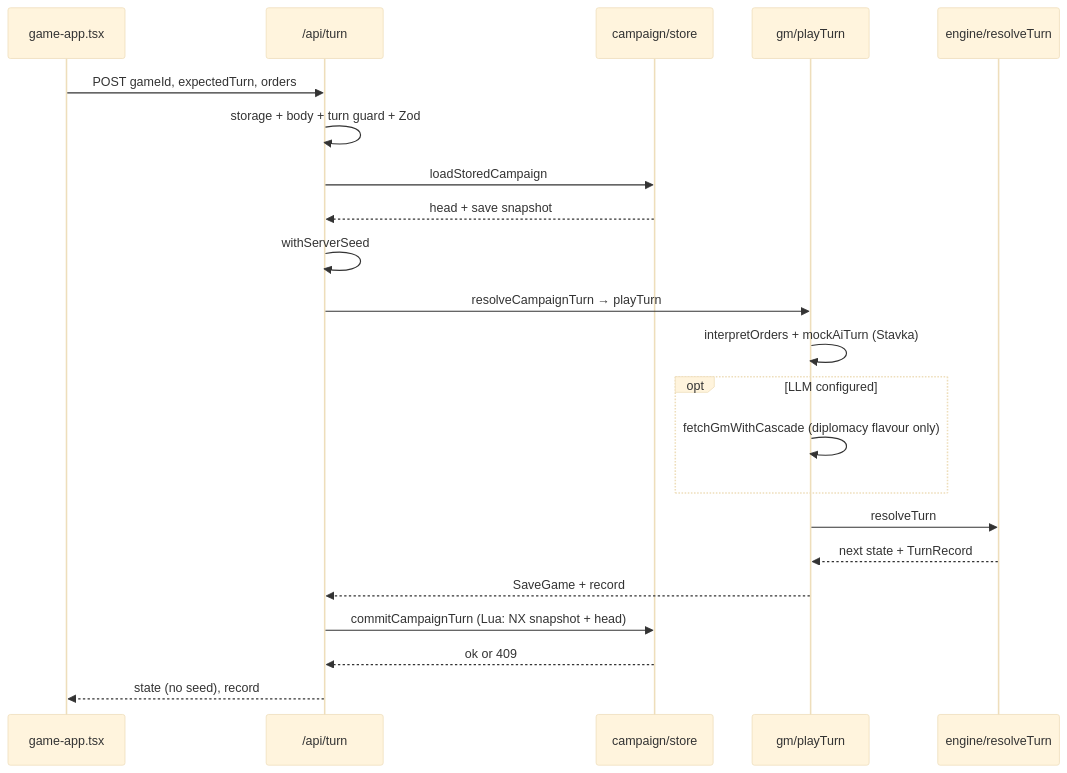
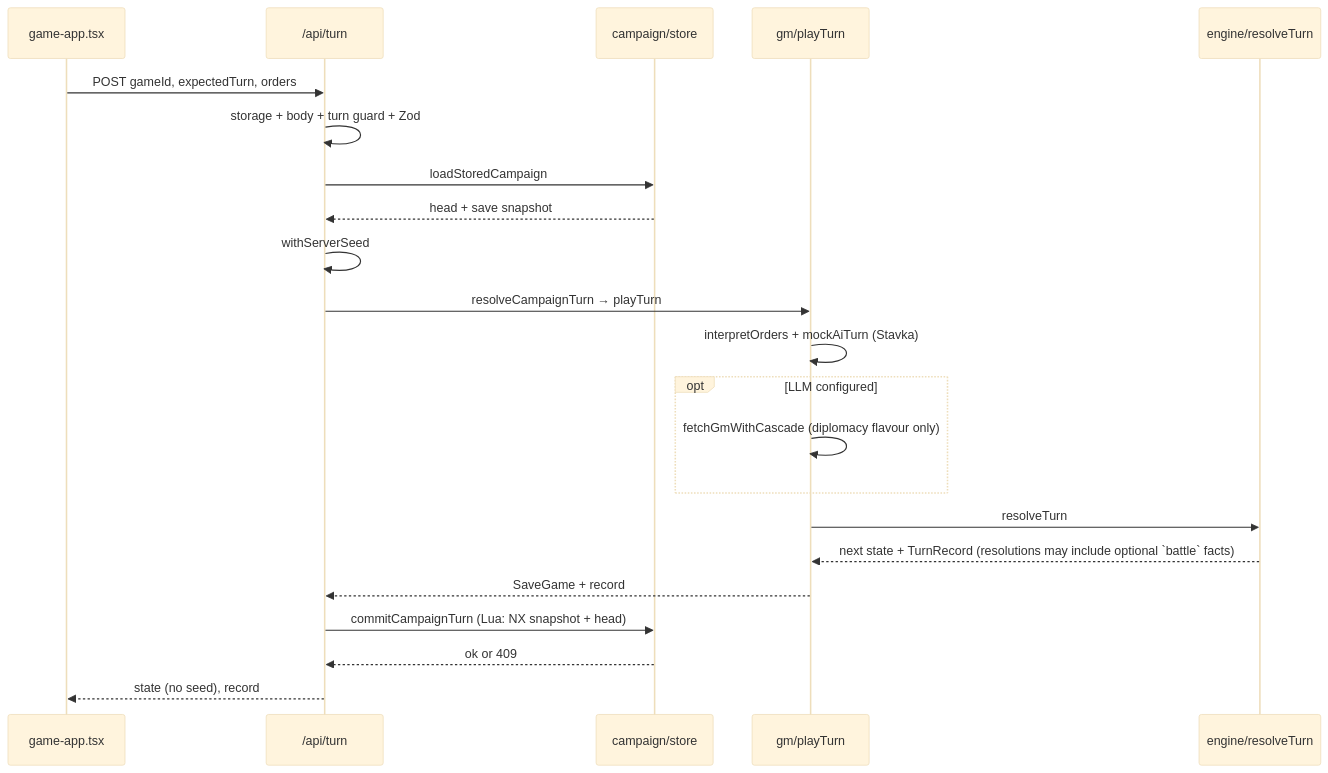
One commit to raymondymmak/ostfront changed the first of 2 diagrams in ARCHITECTURE.md. Above: the diagram before and after it, drawn with Mermaid (base theme). The commit also changed other lines of this file and 14 other files, not shown here.

First line of the commit message:
Ostfront UX part 3: BattleFacts for encirclement news and Log losses (#50)

````diff
--- a/ARCHITECTURE.md
+++ b/ARCHITECTURE.md
@@ -85,25 +85,25 @@
 ```mermaid
 sequenceDiagram
   participant UI as game-app.tsx
   participant API as /api/turn
   participant Store as campaign/store
   participant GM as gm/playTurn
   participant Eng as engine/resolveTurn
 
   UI->>API: POST gameId, expectedTurn, orders
   API->>API: storage + body + turn guard + Zod
   API->>Store: loadStoredCampaign
   Store-->>API: head + save snapshot
   API->>API: withServerSeed
   API->>GM: resolveCampaignTurn → playTurn
   GM->>GM: interpretOrders + mockAiTurn (Stavka)
   opt LLM configured
     GM->>GM: fetchGmWithCascade (diplomacy flavour only)
   end
   GM->>Eng: resolveTurn
-  Eng-->>GM: next state + TurnRecord
+  Eng-->>GM: next state + TurnRecord (resolutions may include optional `battle` facts)
   GM-->>API: SaveGame + record
   API->>Store: commitCampaignTurn (Lua: NX snapshot + head)
   Store-->>API: ok or 409
   API-->>UI: state (no seed), record
 ```
````
